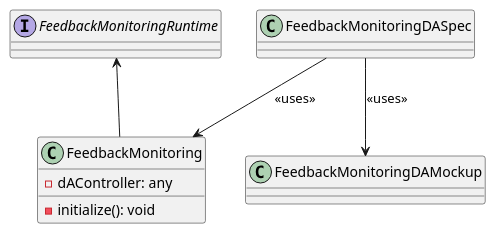
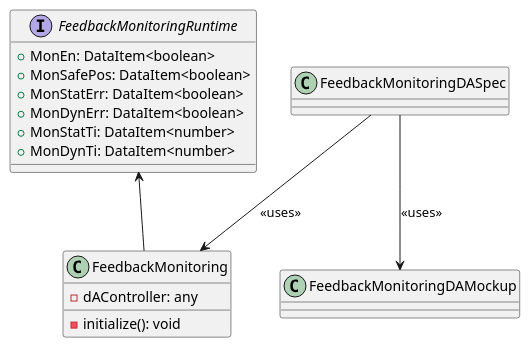
The diagram in src/modularPlantManager/pea/dataAssembly/_extensions/feedbackMonitoringDA/FeedbackMonitoring.puml (p2o-lab/polaris-backend), drawn with PlantUML before and after one commit. The commit also changed 21 other files, not shown here.

```diff
--- a/src/modularPlantManager/pea/dataAssembly/_extensions/feedbackMonitoringDA/FeedbackMonitoring.puml
+++ b/src/modularPlantManager/pea/dataAssembly/_extensions/feedbackMonitoringDA/FeedbackMonitoring.puml
@@ -26,15 +26,22 @@
 @startuml
 'https://plantuml.com/class-diagram
 
-interface FeedbackMonitoringRuntime
+interface FeedbackMonitoringRuntime{
+	+ MonEn: DataItem<boolean>
+	+ MonSafePos: DataItem<boolean>
+	+ MonStatErr: DataItem<boolean>
+	+ MonDynErr: DataItem<boolean>
+	+ MonStatTi: DataItem<number>
+	+ MonDynTi: DataItem<number>
+}
 
 class FeedbackMonitoring{
     - dAController: any
     - initialize(): void
 }
 
 FeedbackMonitoringRuntime <-- FeedbackMonitoring
 FeedbackMonitoringDASpec --> FeedbackMonitoring : <<uses>>
 FeedbackMonitoringDASpec --> FeedbackMonitoringDAMockup : <<uses>>
 
 @enduml
```
